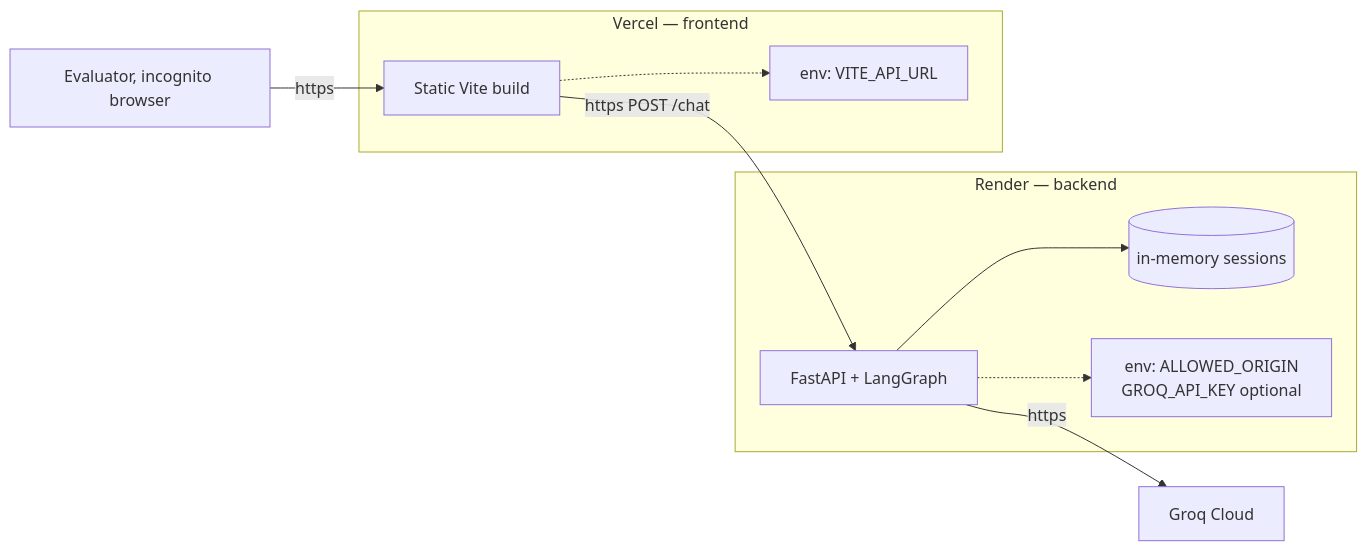
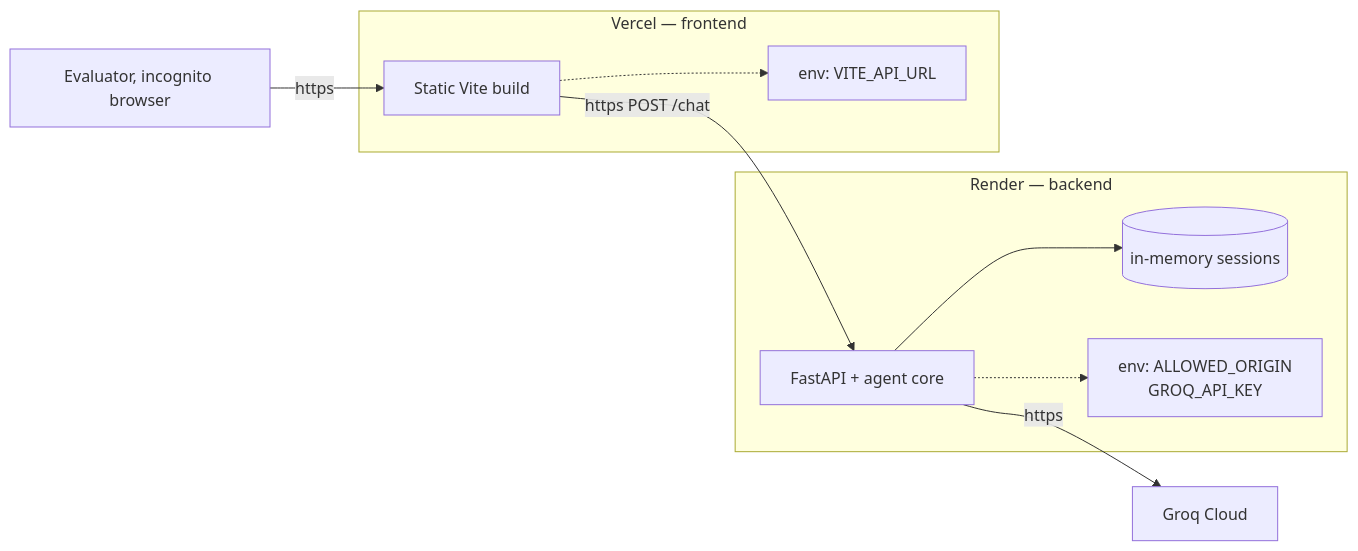
Before and after one commit to pkbros/cutomerBot2: the ninth of 9 diagrams in architecture.md, drawn with Mermaid. The commit also changed other lines of this file and 19 other files, not shown here.

````diff
--- a/architecture.md
+++ b/architecture.md
@@ -323,21 +300,20 @@
 ```mermaid
 flowchart LR
     subgraph Render[Render — backend]
-        B[FastAPI + LangGraph]
+        B[FastAPI + agent core]
         S[(in-memory sessions)]
-        E[env: ALLOWED_ORIGIN<br/>GROQ_API_KEY optional]
+        E[env: ALLOWED_ORIGIN<br/>GROQ_API_KEY]
     end
     subgraph Vercel[Vercel — frontend]
         F[Static Vite build]
         V[env: VITE_API_URL]
     end
     G[Groq Cloud]
     U[Evaluator, incognito browser]
-
     U -->|https| F
     F -->|https POST /chat| B
     B --> S
     B -->|https| G
     B -.-> E
     F -.-> V
 ```
````
